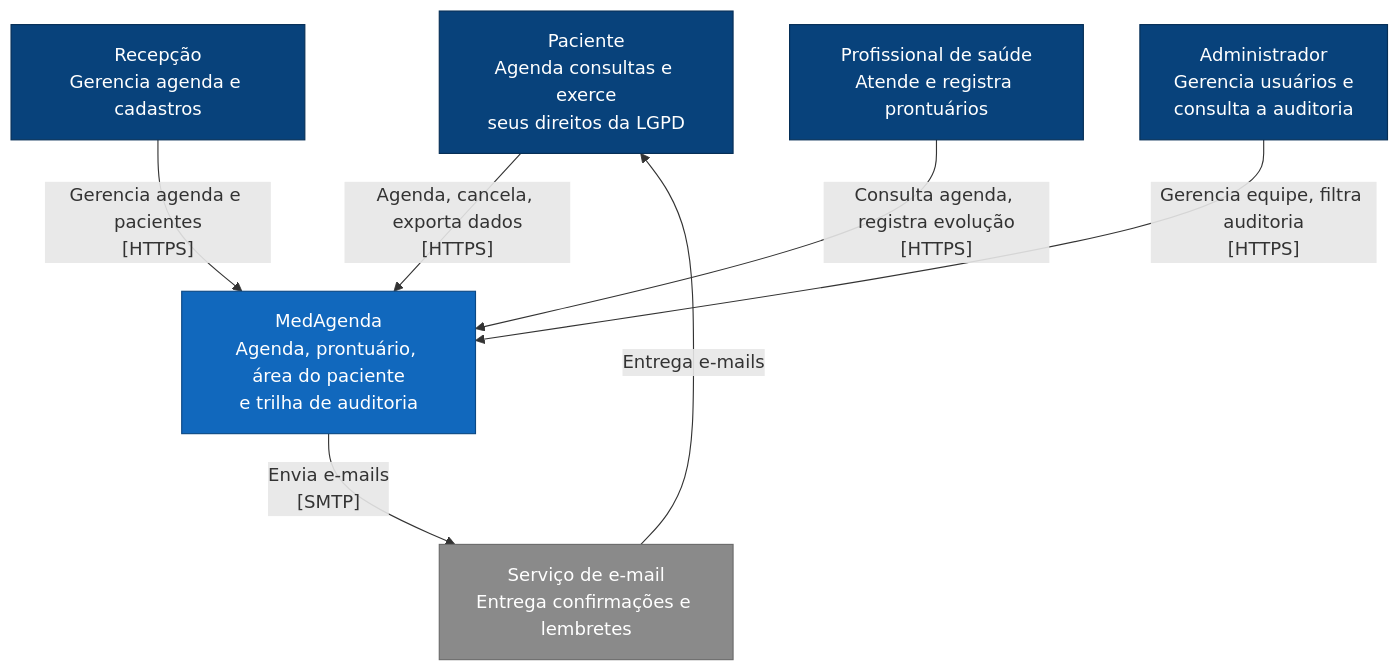
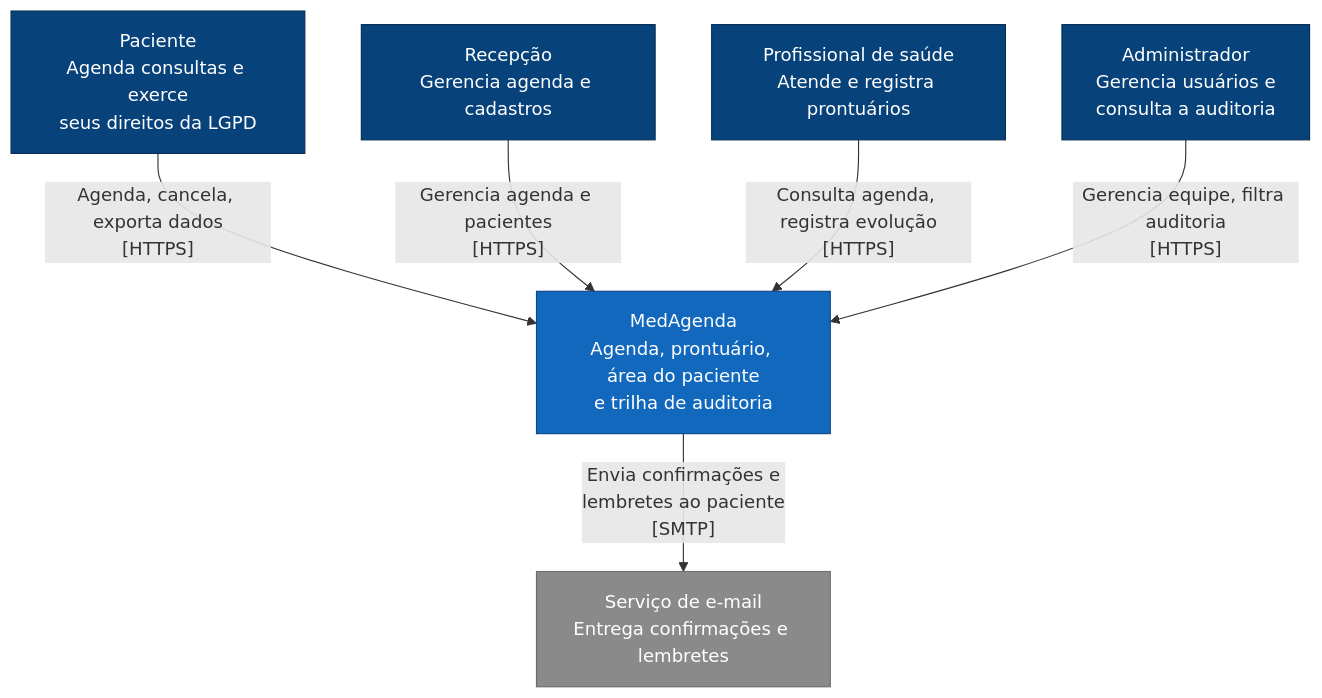
Before and after one commit to Lucas-FV/MedAgenda: the first of 3 diagrams in docs/architecture/README.md, drawn with Mermaid. The commit also changed other lines of this file, not shown here.

Commit message:
docs(architecture): ajusta layout dos diagramas de contexto e containers

````diff
--- a/docs/architecture/README.md
+++ b/docs/architecture/README.md
@@ -10,25 +10,24 @@
 ```mermaid
 flowchart TB
     paciente["Paciente<br/>Agenda consultas e exerce<br/>seus direitos da LGPD"]
     recepcao["Recepção<br/>Gerencia agenda e cadastros"]
     profissional["Profissional de saúde<br/>Atende e registra prontuários"]
     admin["Administrador<br/>Gerencia usuários e<br/>consulta a auditoria"]
 
     medagenda["MedAgenda<br/>Agenda, prontuário, área do paciente<br/>e trilha de auditoria"]
 
     email["Serviço de e-mail<br/>Entrega confirmações e lembretes"]
 
     paciente -->|"Agenda, cancela, exporta dados<br/>[HTTPS]"| medagenda
     recepcao -->|"Gerencia agenda e pacientes<br/>[HTTPS]"| medagenda
     profissional -->|"Consulta agenda, registra evolução<br/>[HTTPS]"| medagenda
     admin -->|"Gerencia equipe, filtra auditoria<br/>[HTTPS]"| medagenda
-    medagenda -->|"Envia e-mails<br/>[SMTP]"| email
-    email -->|"Entrega e-mails"| paciente
+    medagenda -->|"Envia confirmações e<br/>lembretes ao paciente<br/>[SMTP]"| email
 
     classDef pessoa fill:#08427b,stroke:#052e56,color:#fff
     classDef sistema fill:#1168bd,stroke:#0b4884,color:#fff
     classDef externo fill:#8a8a8a,stroke:#6b6b6b,color:#fff
     class paciente,recepcao,profissional,admin pessoa
     class medagenda sistema
     class email externo
 ```
````
